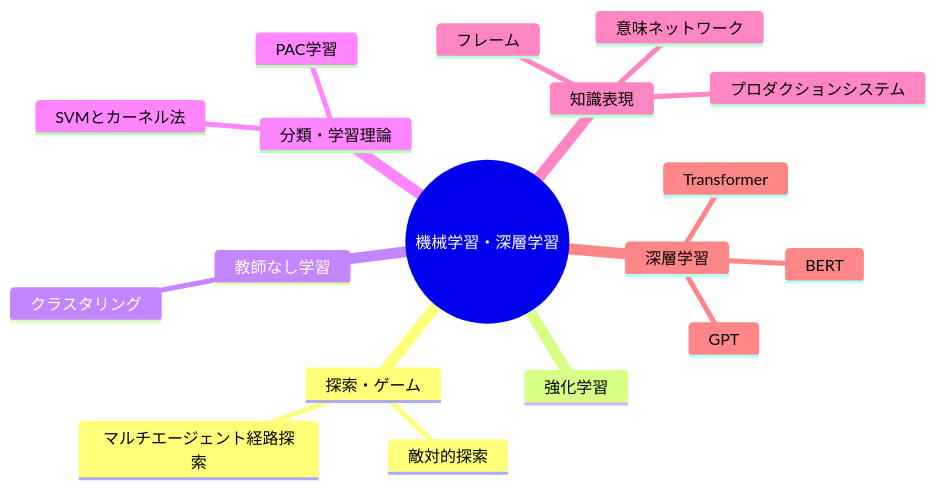
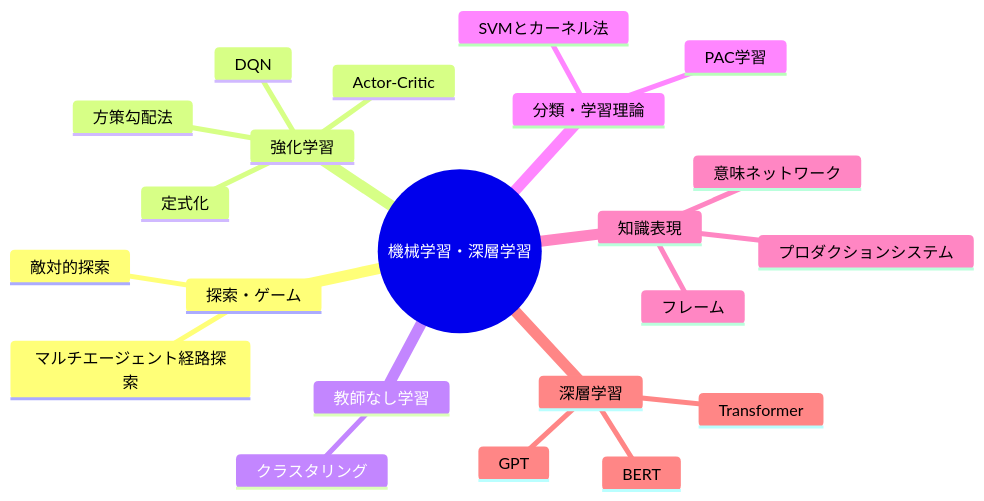
The diagram in 20_Areas/機械学習・深層学習/【MOC】機械学習・深層学習.md (97kuek/obsidian-vault), drawn with Mermaid before and after one commit. The commit also changed other lines of this file and 25 other files, not shown here.

````diff
--- a/20_Areas/機械学習・深層学習/【MOC】機械学習・深層学習.md
+++ b/20_Areas/機械学習・深層学習/【MOC】機械学習・深層学習.md
@@ -17,21 +17,25 @@
 ```mermaid
 mindmap
   root(("機械学習・深層学習"))
     探索・ゲーム
       敵対的探索
       マルチエージェント経路探索
     強化学習
+      定式化
+      方策勾配法
+      DQN
+      Actor-Critic
     教師なし学習
       クラスタリング
     分類・学習理論
       SVMとカーネル法
       PAC学習
     知識表現
       プロダクションシステム
       意味ネットワーク
       フレーム
     深層学習
       Transformer
       BERT
       GPT
 ```
````
